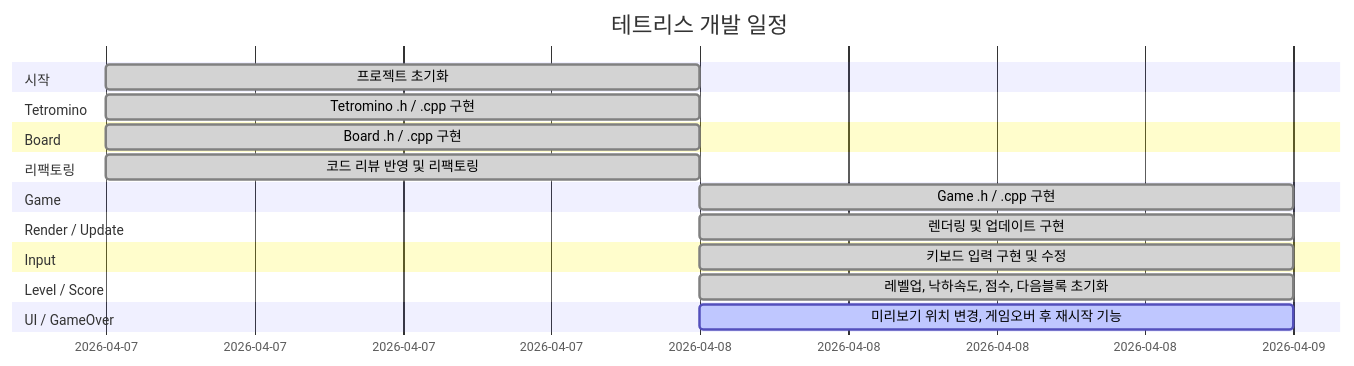
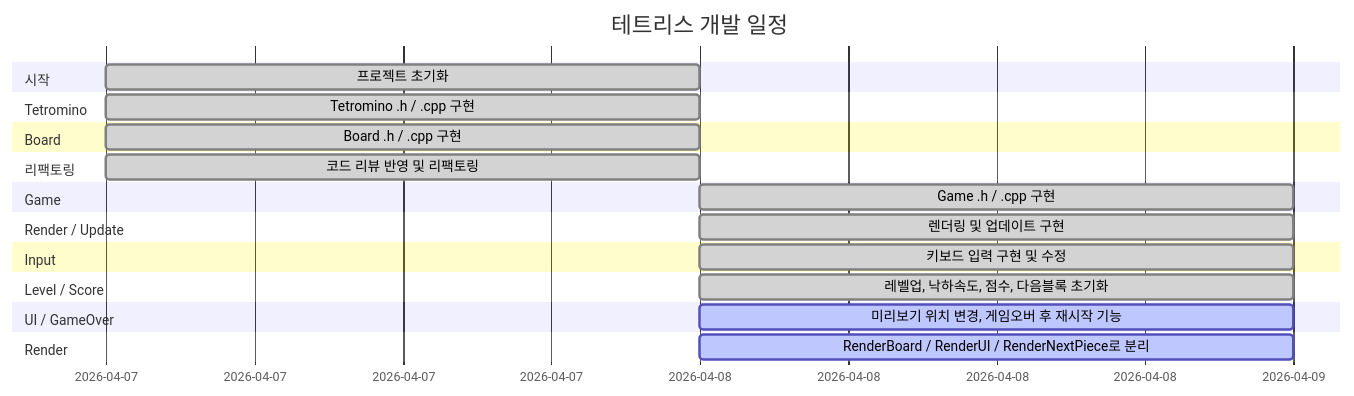
Before and after one commit to Chance031/Tetris-cpp: the diagram in README.md, drawn with Mermaid. The commit also changed other lines of this file, not shown here.

Commit message:
docs: README 자동 업데이트 [skip ci]

````diff
--- a/README.md
+++ b/README.md
@@ -27,23 +27,25 @@
 ```mermaid
 gantt
- title 테트리스 개발 일정
- dateFormat YYYY-MM-DD
- section 시작
- 프로젝트 초기화 :done, init, 2026-04-07, 1d
- section Tetromino
- Tetromino .h / .cpp 구현 :done, t16803, 2026-04-07, 1d
- section Board
- Board .h / .cpp 구현 :done, t84048, 2026-04-07, 1d
- section 리팩토링
- 코드 리뷰 반영 및 리팩토링 :done, refactor, 2026-04-07, 1d
- section Game
- Game .h / .cpp 구현 :done, t91896, 2026-04-08, 1d
- section Render / Update
- 렌더링 및 업데이트 구현 :done, t47867, 2026-04-08, 1d
- section Input
- 키보드 입력 구현 및 수정 :done, t8258, 2026-04-08, 1d
- section Level / Score
- 레벨업, 낙하속도, 점수, 다음블록 초기화 :done, t44367, 2026-04-08, 1d
- section UI / GameOver
- 미리보기 위치 변경, 게임오버 후 재시작 기능 :active, t55123, 2026-04-08, 1d
+    title 테트리스 개발 일정
+    dateFormat YYYY-MM-DD
+    section 시작
+        프로젝트 초기화 :done, init, 2026-04-07, 1d
+    section Tetromino
+        Tetromino .h / .cpp 구현 :done, t16803, 2026-04-07, 1d
+    section Board
+        Board .h / .cpp 구현 :done, t84048, 2026-04-07, 1d
+    section 리팩토링
+        코드 리뷰 반영 및 리팩토링 :done, refactor, 2026-04-07, 1d
+    section Game
+        Game .h / .cpp 구현 :done, t91896, 2026-04-08, 1d
+    section Render / Update
+        렌더링 및 업데이트 구현 :done, t47867, 2026-04-08, 1d
+    section Input
+        키보드 입력 구현 및 수정 :done, t8258, 2026-04-08, 1d
+    section Level / Score
+        레벨업, 낙하속도, 점수, 다음블록 초기화 :done, t44367, 2026-04-08, 1d
+    section UI / GameOver
+        미리보기 위치 변경, 게임오버 후 재시작 기능 :active, t55123, 2026-04-08, 1d
+    section Render
+        RenderBoard / RenderUI / RenderNextPiece로 분리 :active, t38713, 2026-04-08, 1d
 ```
````
